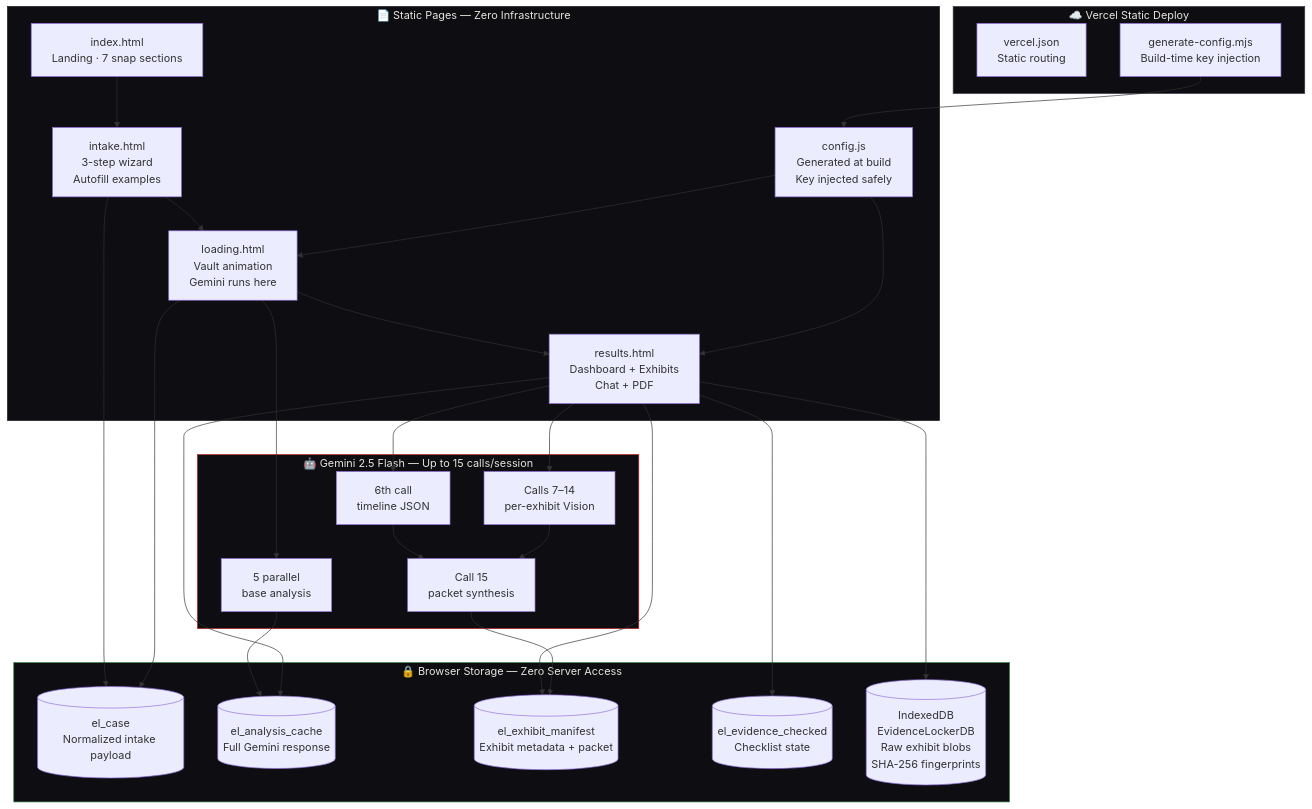
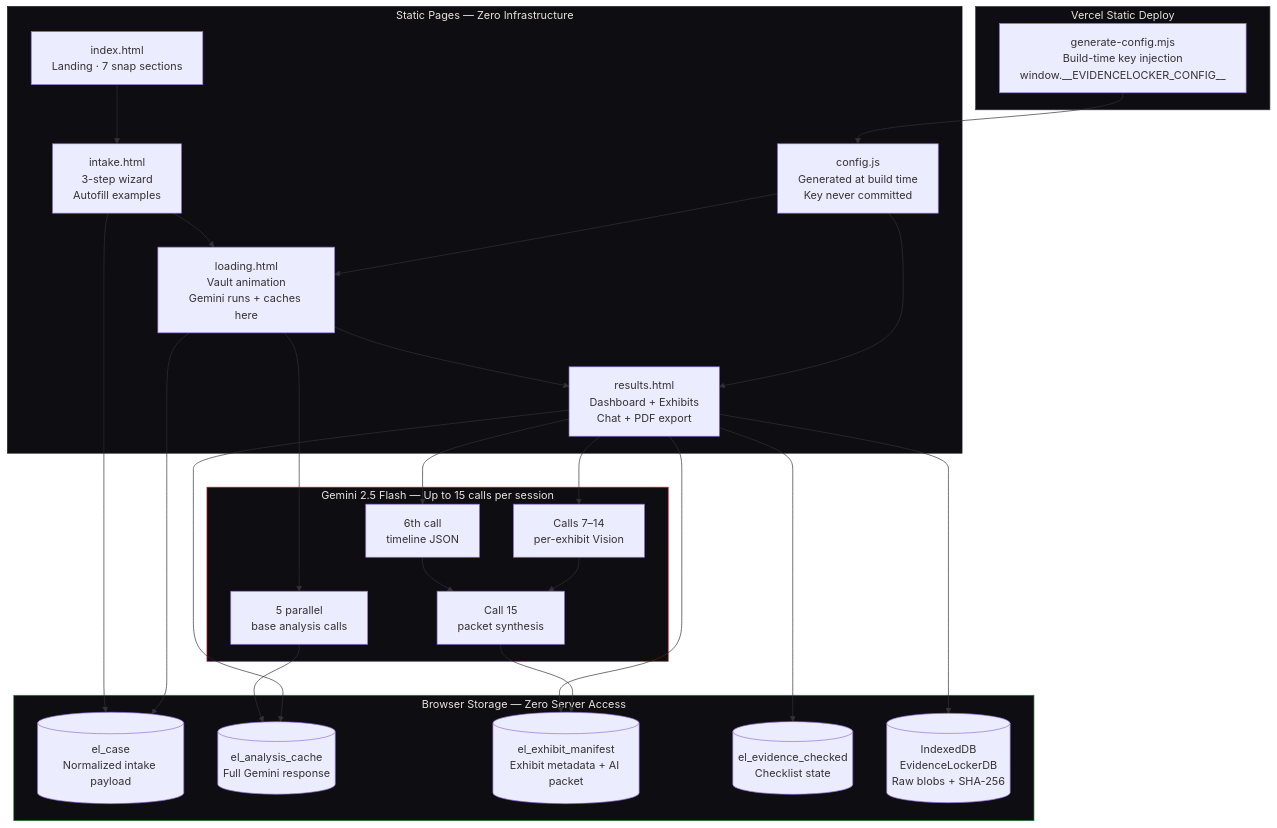
Before and after one commit to Iceman-Dann/Evidence-Locker: the fourth of 12 diagrams in README.md, drawn with Mermaid. The commit also changed other lines of this file, not shown here.

````diff
--- a/README.md
+++ b/README.md
@@ -189,45 +215,44 @@
 ```mermaid
 flowchart TD
-    subgraph PAGES ["📄 Static Pages — Zero Infrastructure"]
+    subgraph PAGES ["Static Pages — Zero Infrastructure"]
         IDX["index.html\nLanding · 7 snap sections"]
         INT["intake.html\n3-step wizard\nAutofill examples"]
-        LOD["loading.html\nVault animation\nGemini runs here"]
-        RES["results.html\nDashboard + Exhibits\nChat + PDF"]
-        CFG["config.js\nGenerated at build\nKey injected safely"]
+        LOD["loading.html\nVault animation\nGemini runs + caches here"]
+        RES["results.html\nDashboard + Exhibits\nChat + PDF export"]
+        CFG["config.js\nGenerated at build time\nKey never committed"]
     end
 
-    subgraph STORAGE ["🔒 Browser Storage — Zero Server Access"]
+    subgraph STORAGE ["Browser Storage — Zero Server Access"]
         LS1[("el_case\nNormalized intake payload")]
         LS2[("el_analysis_cache\nFull Gemini response")]
-        LS3[("el_exhibit_manifest\nExhibit metadata + packet")]
+        LS3[("el_exhibit_manifest\nExhibit metadata + AI packet")]
         LS4[("el_evidence_checked\nChecklist state")]
-        IDB[("IndexedDB\nEvidenceLockerDB\nRaw exhibit blobs\nSHA-256 fingerprints")]
+        IDB[("IndexedDB\nEvidenceLockerDB\nRaw blobs + SHA-256")]
     end
 
-    subgraph AI ["🤖 Gemini 2.5 Flash — Up to 15 calls/session"]
-        G1["5 parallel\nbase analysis"]
+    subgraph AI ["Gemini 2.5 Flash — Up to 15 calls per session"]
+        G1["5 parallel\nbase analysis calls"]
         G2["6th call\ntimeline JSON"]
         G3["Calls 7–14\nper-exhibit Vision"]
         G4["Call 15\npacket synthesis"]
     end
 
-    subgraph INFRA ["☁️ Vercel Static Deploy"]
-        VCL["vercel.json\nStatic routing"]
-        SCR["generate-config.mjs\nBuild-time key injection"]
+    subgraph INFRA ["Vercel Static Deploy"]
+        SCR["generate-config.mjs\nBuild-time key injection\nwindow.__EVIDENCELOCKER_CONFIG__"]
     end
 
     IDX --> INT --> LOD --> RES
     INT --> LS1
     LOD --> LS1
     LOD --> G1 --> LS2
     RES --> LS2
     RES --> IDB
     RES --> LS3 & LS4
     RES --> G2 & G3 --> G4 --> LS3
     SCR --> CFG --> RES & LOD
 
     style PAGES fill:#0D0D12,stroke:#1A1A22,color:#E8E4DC
     style STORAGE fill:#0D0D12,stroke:#2D7A3A,color:#E8E4DC
     style AI fill:#0D0D12,stroke:#C41E1E,color:#E8E4DC
     style INFRA fill:#0D0D12,stroke:#3A3A48,color:#E8E4DC
 ```
````
